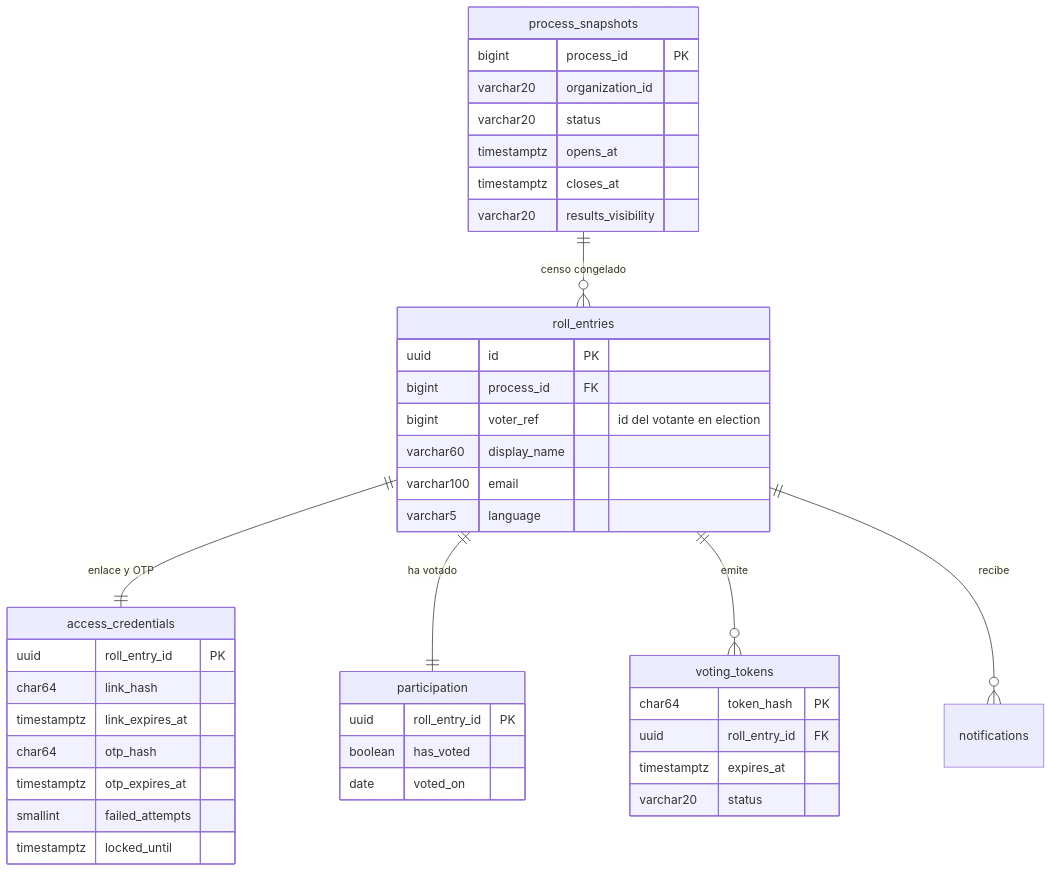
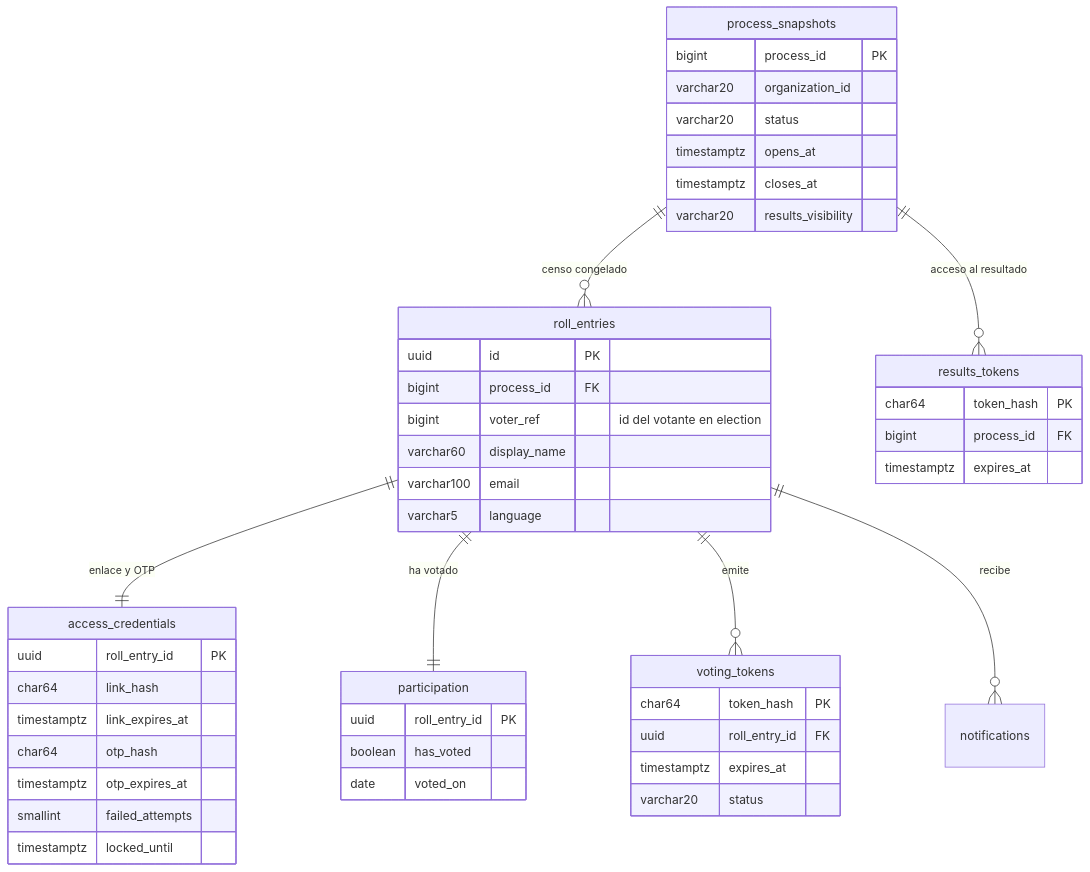
The third of 4 diagrams in docs/architecture/data-model.md (saulrampa-ual/saas-digital-voting), drawn with Mermaid before and after one commit. The commit also changed other lines of this file and 46 other files, not shown here.

````diff
--- a/docs/architecture/data-model.md
+++ b/docs/architecture/data-model.md
@@ -137,44 +137,50 @@
 ```mermaid
 erDiagram
     process_snapshots ||--o{ roll_entries : "censo congelado"
     roll_entries ||--|| access_credentials : "enlace y OTP"
     roll_entries ||--|| participation : "ha votado"
     roll_entries ||--o{ voting_tokens : "emite"
     roll_entries ||--o{ notifications : "recibe"
+    process_snapshots ||--o{ results_tokens : "acceso al resultado"
     process_snapshots {
         bigint process_id PK
         varchar20 organization_id
         varchar20 status
         timestamptz opens_at
         timestamptz closes_at
         varchar20 results_visibility
     }
     roll_entries {
         uuid id PK
         bigint process_id FK
         bigint voter_ref "id del votante en election"
         varchar60 display_name
         varchar100 email
         varchar5 language
     }
     access_credentials {
         uuid roll_entry_id PK
         char64 link_hash
         timestamptz link_expires_at
         char64 otp_hash
         timestamptz otp_expires_at
         smallint failed_attempts
         timestamptz locked_until
     }
     participation {
         uuid roll_entry_id PK
         boolean has_voted
         date voted_on
     }
     voting_tokens {
         char64 token_hash PK
         uuid roll_entry_id FK
         timestamptz expires_at
         varchar20 status
     }
+    results_tokens {
+        char64 token_hash PK
+        bigint process_id FK
+        timestamptz expires_at
+    }
 ```
````
